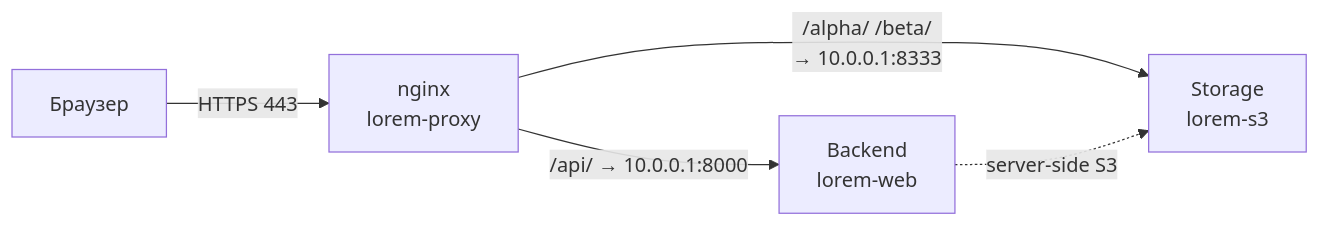
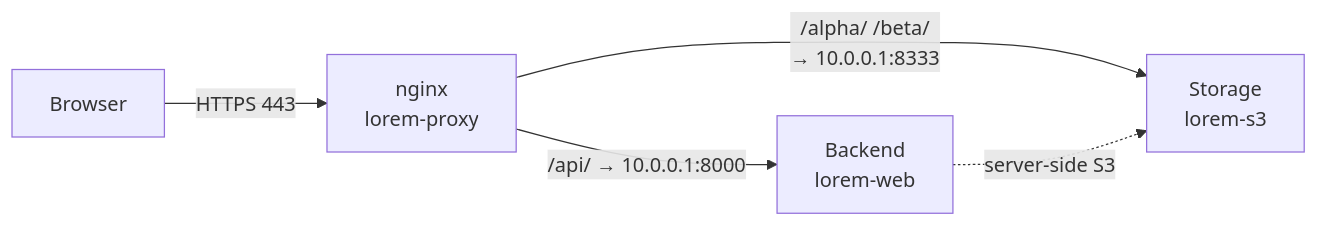
One commit to Kseen715/md2pdfX changed the first of 3 diagrams in examples/backend-guide.md. Above: the diagram before and after it, drawn with Mermaid. The commit also changed other lines of this file and 25 other files, not shown here.

````diff
--- a/examples/backend-guide.md
+++ b/examples/backend-guide.md
@@ -38,7 +38,7 @@
 ```mermaid
 graph LR
-    B["Браузер"] -->|"HTTPS 443"| N["nginx<br/>lorem-proxy"]
+    B["Browser"] -->|"HTTPS 443"| N["nginx<br/>lorem-proxy"]
     N -->|"/api/ → 10.0.0.1:8000"| W["Backend<br/>lorem-web"]
     N -->|"/alpha/ /beta/<br/>→ 10.0.0.1:8333"| S["Storage<br/>lorem-s3"]
     W -.->|"server-side S3"| S
 ```
````
